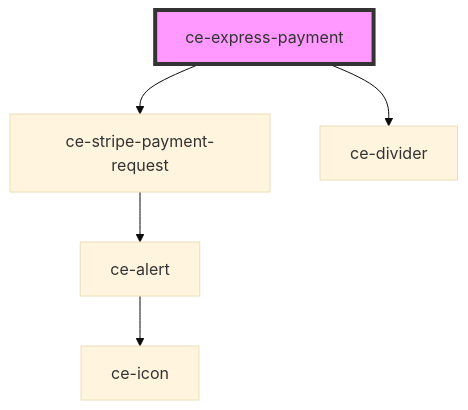
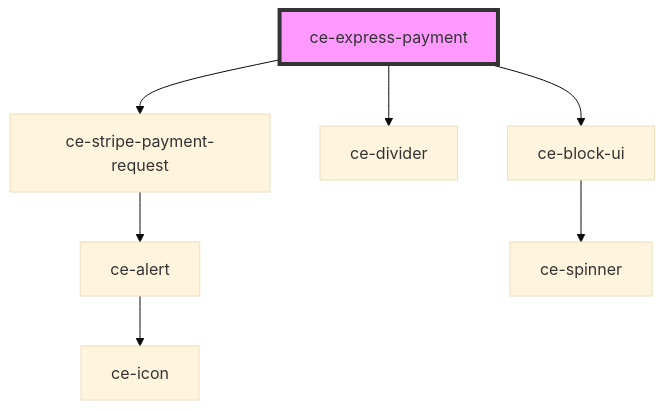
The diagram in packages/components/src/components/controllers/checkout-form/express-payment/readme.md (surecart/surecart-wp-plugin), drawn with Mermaid (base theme) before and after one commit. The commit also changed other lines of this file and 7 other files, not shown here.

````diff
--- a/packages/components/src/components/controllers/checkout-form/express-payment/readme.md
+++ b/packages/components/src/components/controllers/checkout-form/express-payment/readme.md
@@ -27,8 +29,10 @@
 ```mermaid
 graph TD;
   ce-express-payment --> ce-stripe-payment-request
   ce-express-payment --> ce-divider
+  ce-express-payment --> ce-block-ui
   ce-stripe-payment-request --> ce-alert
   ce-alert --> ce-icon
+  ce-block-ui --> ce-spinner
   style ce-express-payment fill:#f9f,stroke:#333,stroke-width:4px
 ```
````
